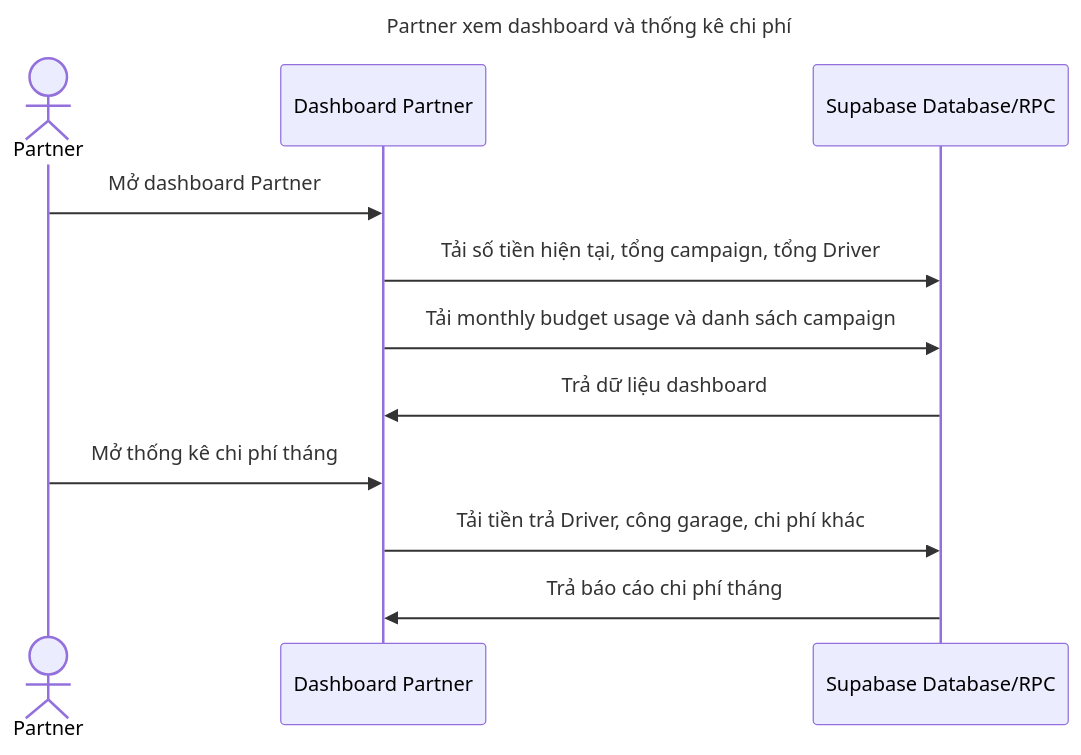
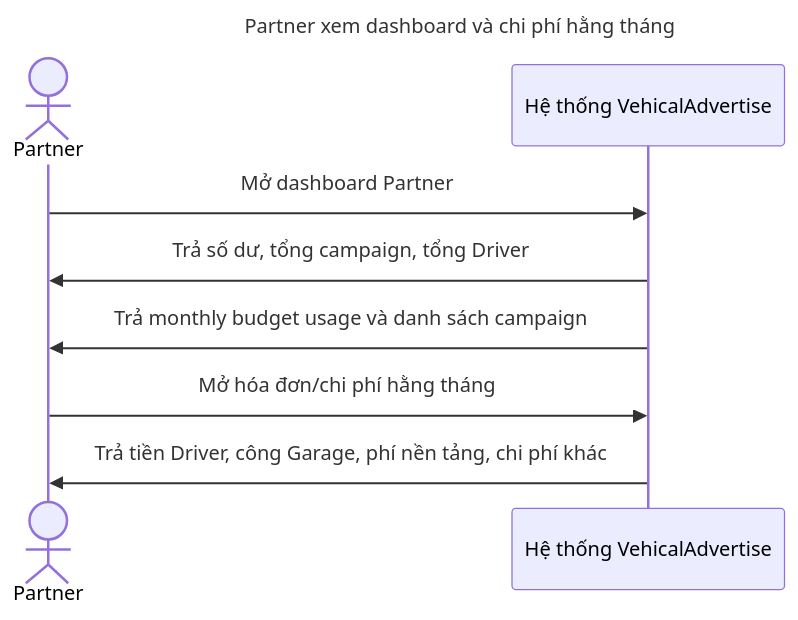
One commit to kjasng/VehicalAdvertise changed the sixth of 8 diagrams in docs/sequence-usecases.md. Above: the diagram before and after it, drawn with Mermaid. The commit also changed other lines of this file and 14 other files, not shown here.

````diff
--- a/docs/sequence-usecases.md
+++ b/docs/sequence-usecases.md
@@ -435,14 +122,11 @@
 ```mermaid
 sequenceDiagram
-    title Partner xem dashboard và thống kê chi phí
-    actor Partner as Partner
-    participant Dashboard as Dashboard Partner
-    participant DB as Supabase Database/RPC
-    Partner->>Dashboard: Mở dashboard Partner
-    Dashboard->>DB: Tải số tiền hiện tại, tổng campaign, tổng Driver
-    Dashboard->>DB: Tải monthly budget usage và danh sách campaign
-    DB->>Dashboard: Trả dữ liệu dashboard
-    Partner->>Dashboard: Mở thống kê chi phí tháng
-    Dashboard->>DB: Tải tiền trả Driver, công garage, chi phí khác
-    DB->>Dashboard: Trả báo cáo chi phí tháng
+    title Partner xem dashboard và chi phí hằng tháng
+    actor P1 as Partner
+    participant P2 as Hệ thống VehicalAdvertise
+    P1->>P2: Mở dashboard Partner
+    P2->>P1: Trả số dư, tổng campaign, tổng Driver
+    P2->>P1: Trả monthly budget usage và danh sách campaign
+    P1->>P2: Mở hóa đơn/chi phí hằng tháng
+    P2->>P1: Trả tiền Driver, công Garage, phí nền tảng, chi phí khác
 ```
````
